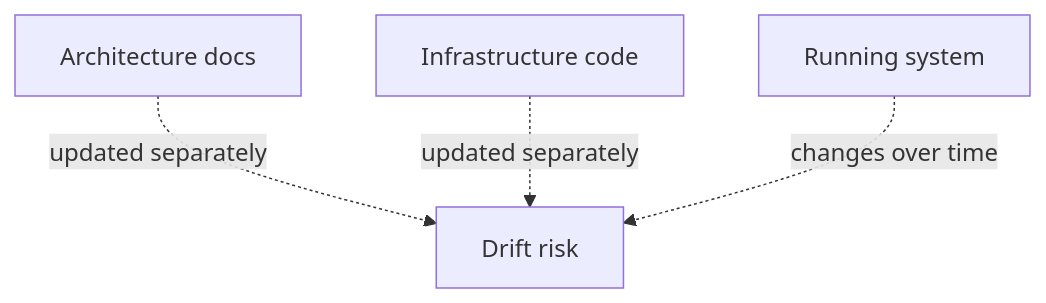
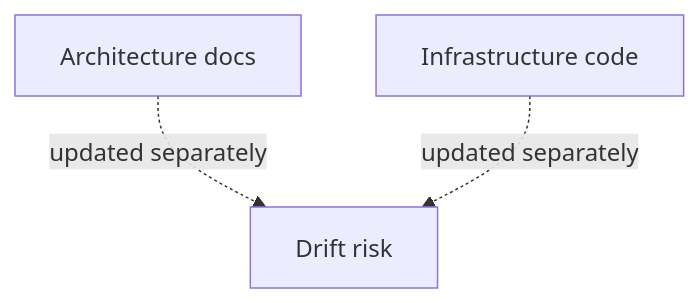
Before and after one commit to pavel-agarkov/live-arch: the second of 2 diagrams in slides/sections/2.why.md, drawn with Mermaid. The commit also changed other lines of this file and 8 other files, not shown here.

````diff
--- a/slides/sections/2.why.md
+++ b/slides/sections/2.why.md
@@ -48,10 +51,8 @@
 ```mermaid
 flowchart TB
     A[Architecture docs]
     B[Infrastructure code]
-    C[Running system]
 
     A -.updated separately.-> D[Drift risk]
     B -.updated separately.-> D
-    C -.changes over time.-> D
 ```
````
